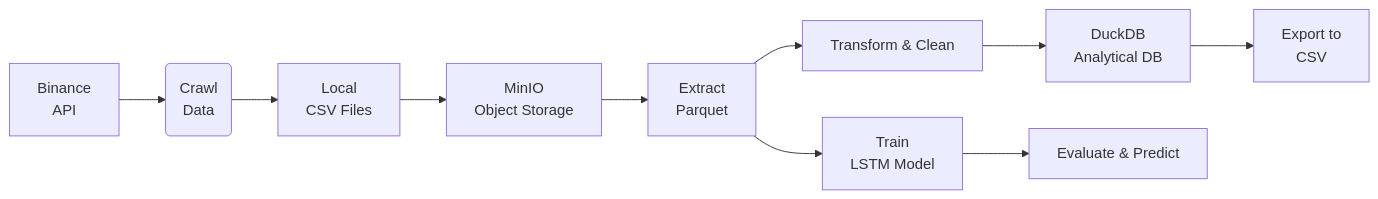
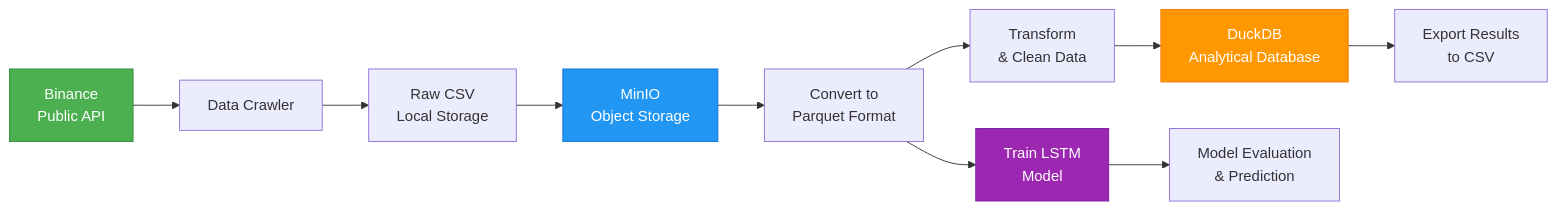
The first of 2 diagrams in docs/project_report.md (danhtran2mind/BTCUSDT-ML-ETL-Pipeline), drawn with Mermaid before and after one commit. The commit also changed other lines of this file, not shown here.

````diff
--- a/docs/project_report.md
+++ b/docs/project_report.md
@@ -39,12 +39,17 @@
 ```mermaid
 graph LR
-    A[Binance<br>API] --> B(Crawl<br>Data)
-    B --> C[Local<br>CSV Files]
+    A[Binance<br>Public API] --> B[Data Crawler]
+    B --> C[Raw CSV<br>Local Storage]
     C --> D[MinIO<br>Object Storage]
-    D --> E[Extract<br>Parquet]
-    E --> F[Transform & Clean]
-    F --> G[DuckDB<br>Analytical DB]
-    E --> H[Train<br>LSTM Model]
-    H --> I[Evaluate & Predict]
-    G --> J[Export to<br>CSV]
+    D --> E[Convert to<br>Parquet Format]
+    E --> F[Transform<br>& Clean Data]
+    F --> G[DuckDB<br>Analytical Database]
+    E --> H[Train LSTM<br>Model]
+    H --> I[Model Evaluation<br>& Prediction]
+    G --> J[Export Results<br>to CSV]
+
+    style A fill:#4CAF50,stroke:#388E3C,color:white
+    style D fill:#2196F3,stroke:#1976D2,color:white
+    style G fill:#FF9800,stroke:#F57C00,color:white
+    style H fill:#9C27B0,stroke:#7B1FA2,color:white
 ```
````
